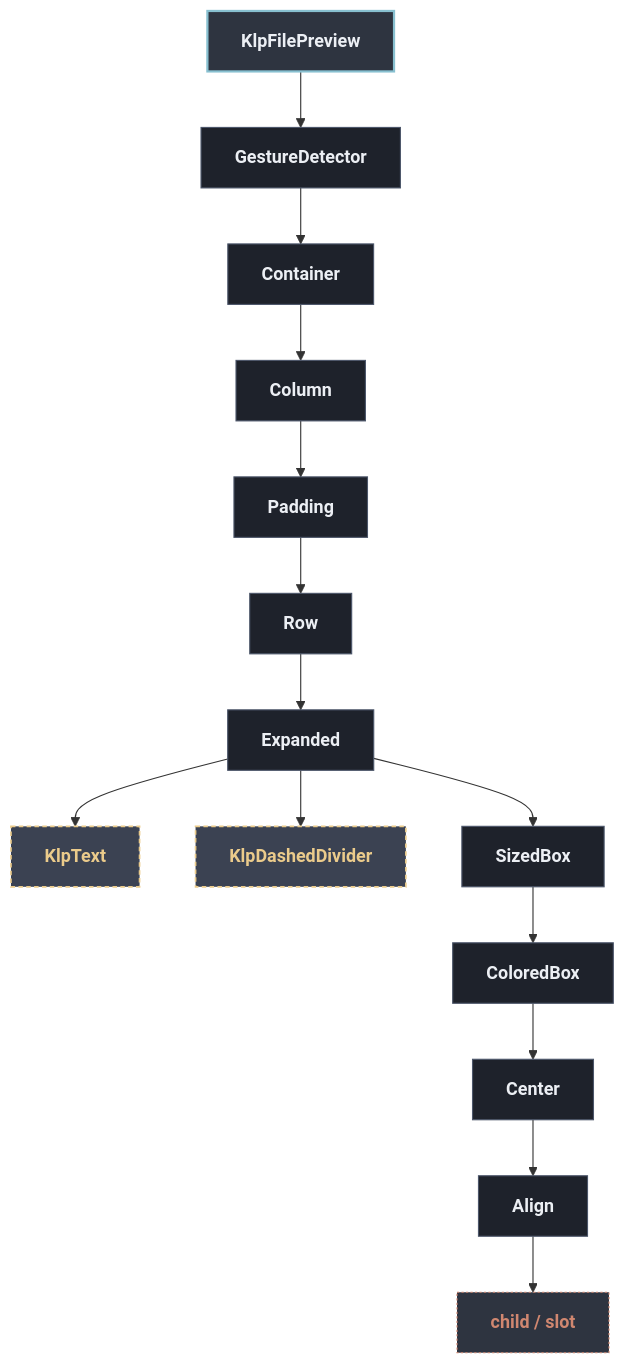
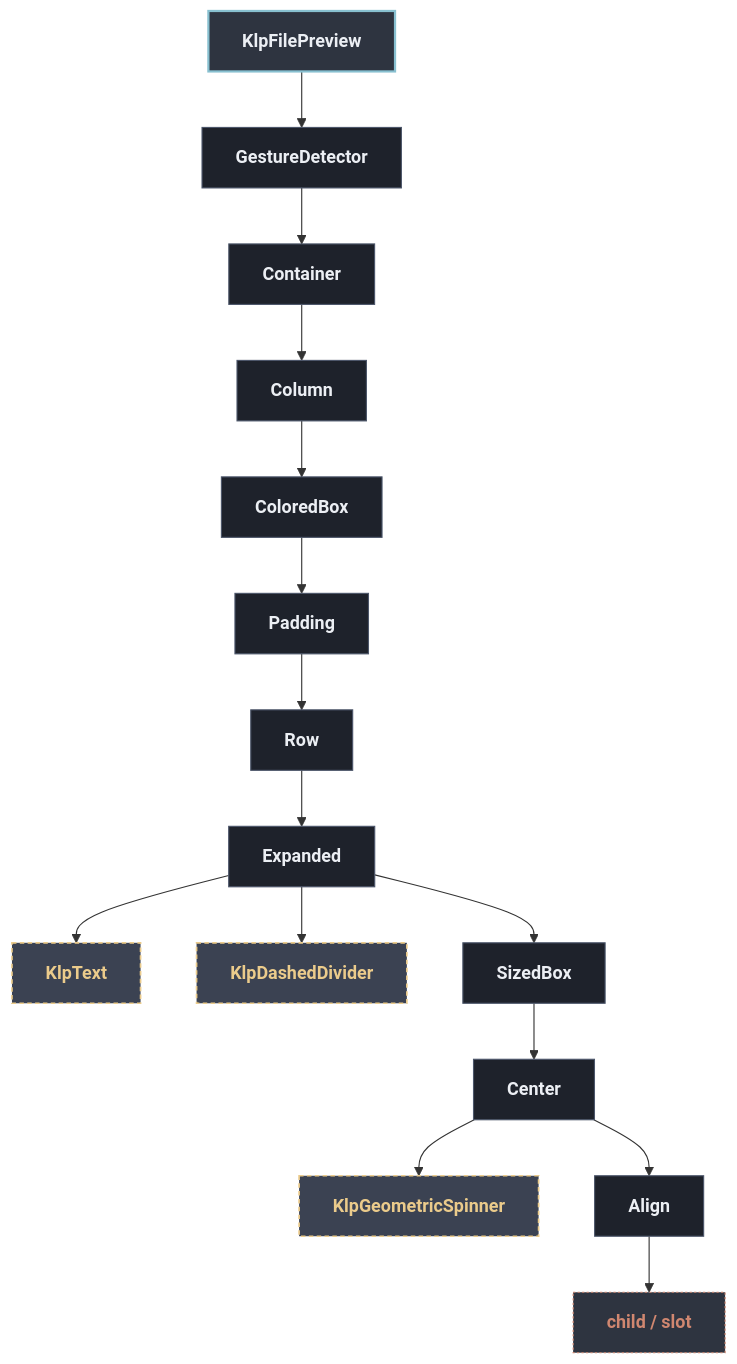
The diagram in docs/architecture/components/data/klp_file_preview.md (MiuDog/Kallopis), drawn with Mermaid before and after one commit. The commit also changed other lines of this file and 123 other files, not shown here.

First line of the commit message:
docs(architecture): regenerate per-component trees, unbreak the generator

````diff
--- a/docs/architecture/components/data/klp_file_preview.md
+++ b/docs/architecture/components/data/klp_file_preview.md
@@ -13,36 +13,38 @@
 ```mermaid
 flowchart TD
   classDef default fill:#1E222B,stroke:#4C566A,stroke-width:1px,color:#ECEFF4;
   classDef root fill:#2E3440,stroke:#88C0D0,stroke-width:2px,color:#ECEFF4,font-weight:bold;
   classDef reference fill:#3B4252,stroke:#EBCB8B,stroke-width:1.5px,stroke-dasharray: 4 3,color:#EBCB8B;
   classDef container fill:#2E3440,stroke:#A3BE8C,stroke-width:1.5px,color:#A3BE8C;
   classDef slot fill:#2E3440,stroke:#D08770,stroke-width:1px,stroke-dasharray: 2 2,color:#D08770;
 
   root["KlpFilePreview"]:::root
   n1["GestureDetector"]
   root --> n1
   n2["Container"]
   n1 --> n2
   n3["Column"]
   n2 --> n3
-  n4["Padding"]
+  n4["ColoredBox"]
   n3 --> n4
-  n5["Row"]
+  n5["Padding"]
   n4 --> n5
-  n6["Expanded"]
+  n6["Row"]
   n5 --> n6
-  n7["KlpText"]:::reference
+  n7["Expanded"]
   n6 --> n7
-  n8["KlpDashedDivider"]:::reference
-  n6 --> n8
-  n9["SizedBox"]
-  n6 --> n9
-  n10["ColoredBox"]
-  n9 --> n10
+  n8["KlpText"]:::reference
+  n7 --> n8
+  n9["KlpDashedDivider"]:::reference
+  n7 --> n9
+  n10["SizedBox"]
+  n7 --> n10
   n11["Center"]
   n10 --> n11
-  n12["Align"]
+  n12["KlpGeometricSpinner"]:::reference
   n11 --> n12
-  n13["child / slot"]:::slot
-  n12 --> n13
+  n13["Align"]
+  n11 --> n13
+  n14["child / slot"]:::slot
+  n13 --> n14
 ```
````
